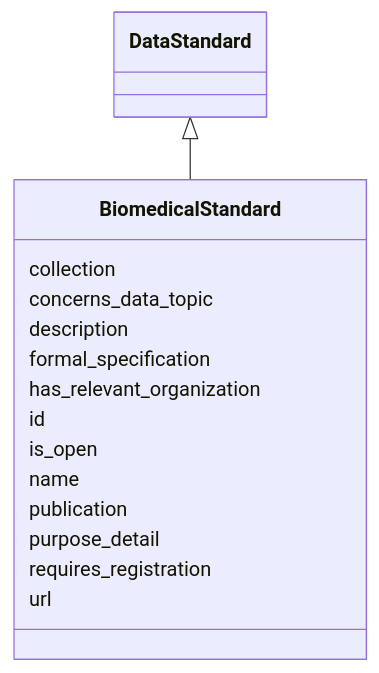
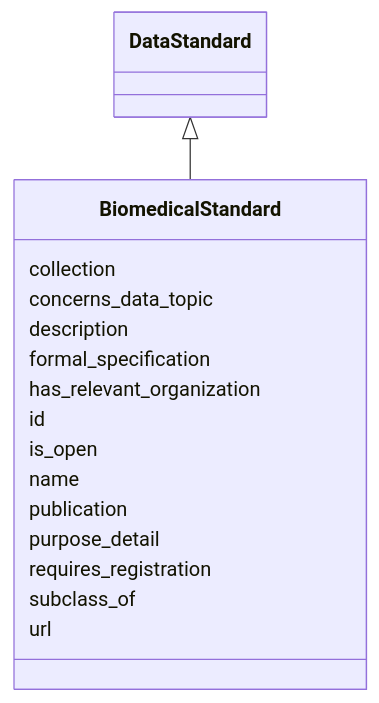
The diagram in docs/BiomedicalStandard.md (bridge2ai/standards-schemas), drawn with Mermaid before and after one commit. The commit also changed other lines of this file and 57 other files, not shown here.

````diff
--- a/docs/BiomedicalStandard.md
+++ b/docs/BiomedicalStandard.md
@@ -10,19 +11,20 @@
 ```mermaid
  classDiagram
     class BiomedicalStandard
       DataStandard <|-- BiomedicalStandard
       
       BiomedicalStandard : collection
       BiomedicalStandard : concerns_data_topic
       BiomedicalStandard : description
       BiomedicalStandard : formal_specification
       BiomedicalStandard : has_relevant_organization
       BiomedicalStandard : id
       BiomedicalStandard : is_open
       BiomedicalStandard : name
       BiomedicalStandard : publication
       BiomedicalStandard : purpose_detail
       BiomedicalStandard : requires_registration
+      BiomedicalStandard : subclass_of
       BiomedicalStandard : url
       
 ```
````
